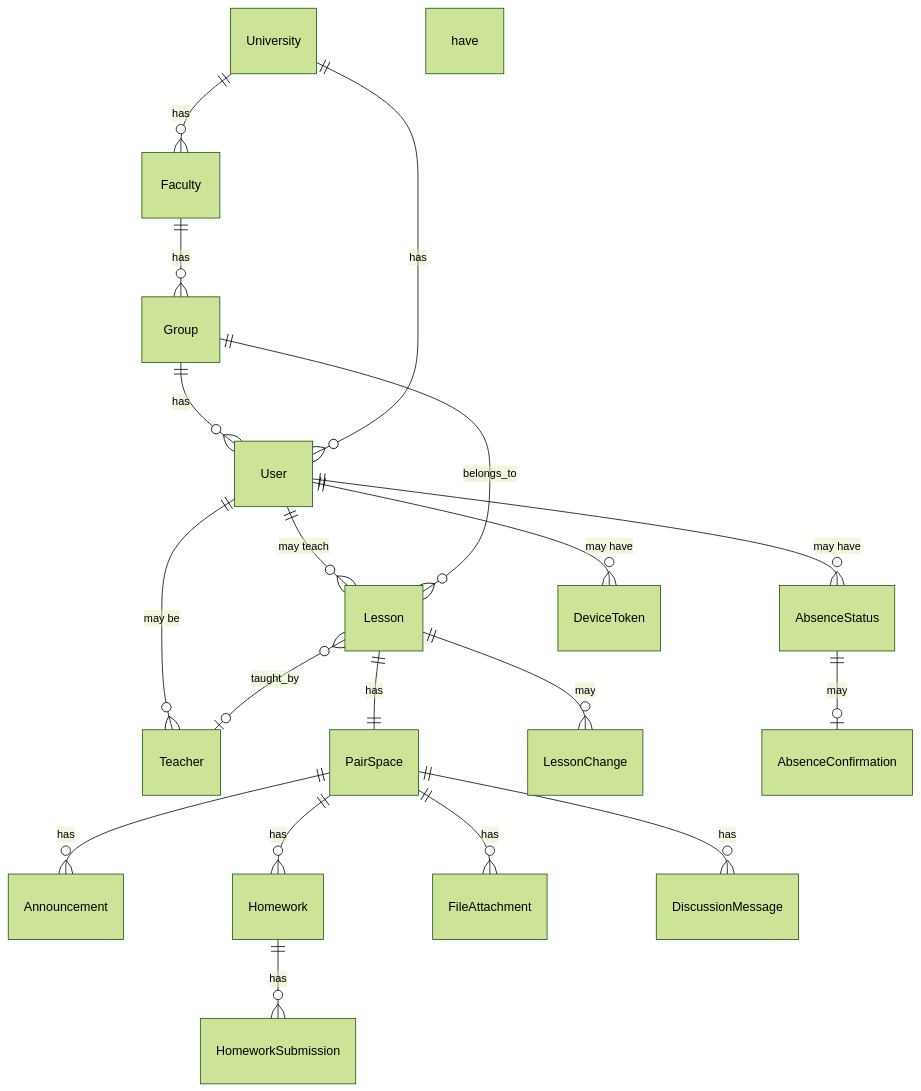
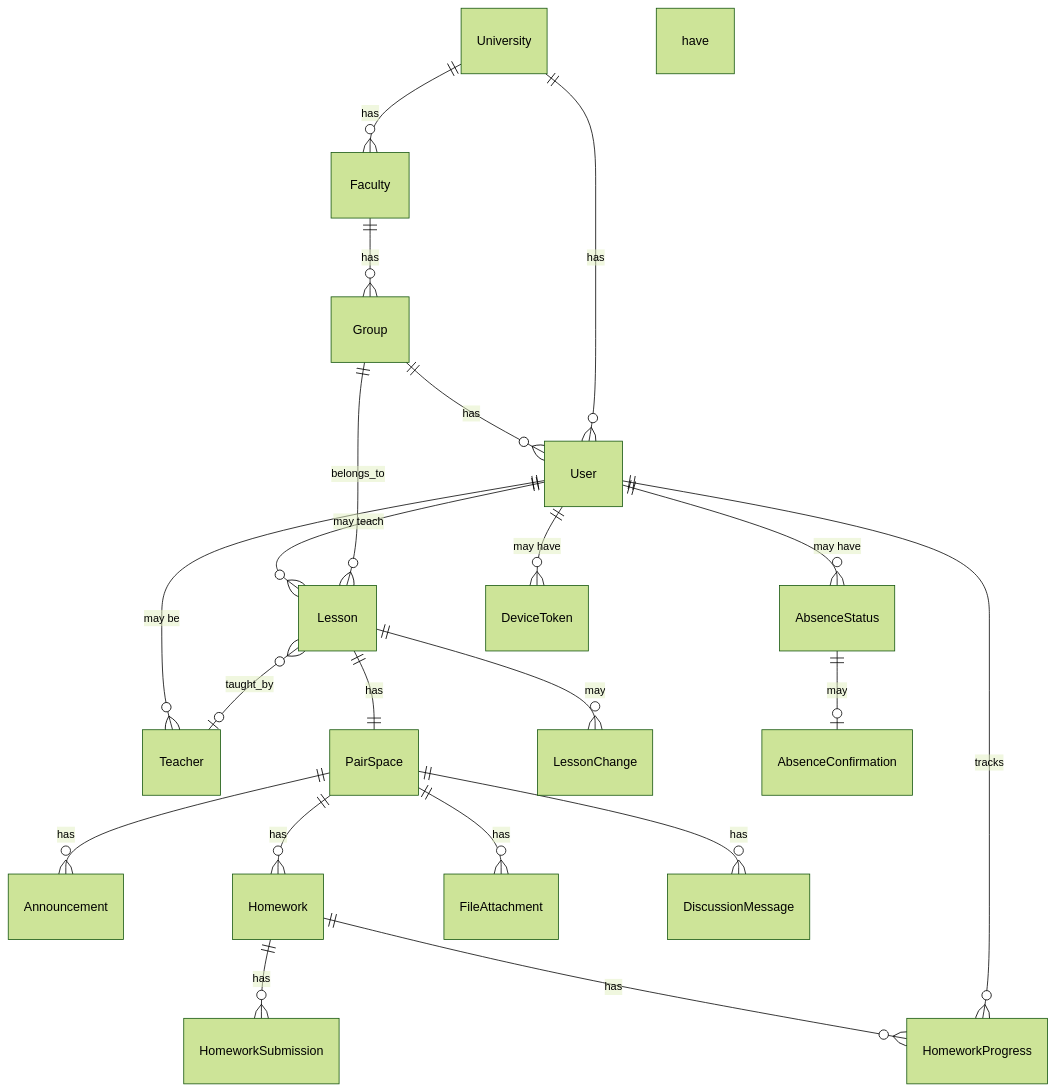
Before and after one commit to DeminLab/NaPare: the diagram in docs/architecture/data-model.md, drawn with Mermaid (forest theme). The commit also changed other lines of this file and 257 other files, not shown here.

````diff
--- a/docs/architecture/data-model.md
+++ b/docs/architecture/data-model.md
@@ -8,25 +8,27 @@
 ```mermaid
 erDiagram
     University ||--o{ Faculty : has
     Faculty ||--o{ Group : has
     Group ||--o{ User : has
     University ||--o{ User : has
 
     User ||--o{ Teacher : "may be"
     User ||--o{ Lesson : "may teach"
     User ||--o{ AbsenceStatus : "may have"
     User ||--o{ DeviceToken : "may have"
 
     Lesson ||--|| PairSpace : has
     Lesson ||--o{ LessonChange : may have
     Lesson }o--|| Group : belongs_to
     Lesson }o--o| Teacher : taught_by
 
     PairSpace ||--o{ Announcement : has
     PairSpace ||--o{ Homework : has
     PairSpace ||--o{ FileAttachment : has
     PairSpace ||--o{ DiscussionMessage : has
 
     Homework ||--o{ HomeworkSubmission : has
+    Homework ||--o{ HomeworkProgress : has
+    User ||--o{ HomeworkProgress : tracks
     AbsenceStatus ||--o| AbsenceConfirmation : may have
 ```
````
